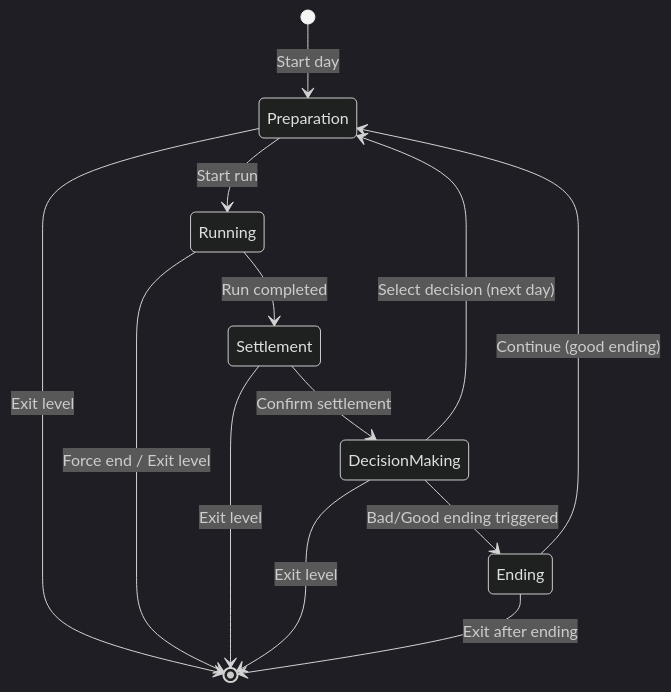
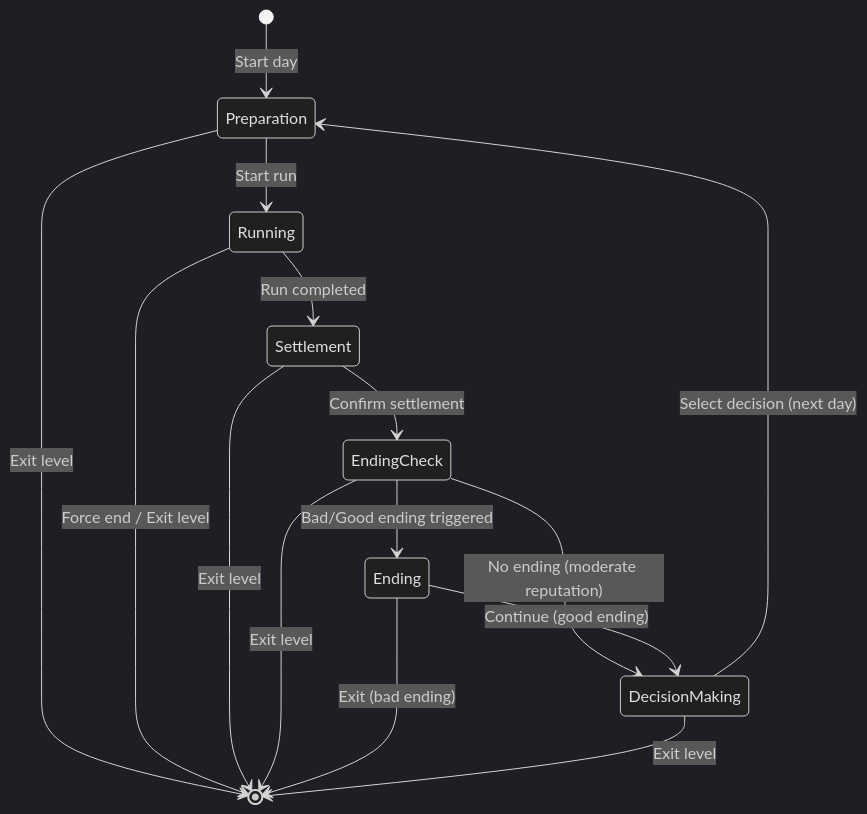
The sixth of 6 diagrams in docs/architecture.md (QuadnucYard/dishaster), drawn with Mermaid (dark theme) before and after one commit. The commit also changed other lines of this file and 10 other files, not shown here.

Commit message:
feat: add confirm settlement and continue from ending commands to make interaction smooth

````diff
--- a/docs/architecture.md
+++ b/docs/architecture.md
@@ -173,20 +210,23 @@
 ```mermaid
 stateDiagram-v2
     [*] --> Preparation: Start day
 
     Preparation --> Running: Start run
     Preparation --> [*]: Exit level
 
     Running --> Settlement: Run completed
     Running --> [*]: Force end / Exit level
 
-    Settlement --> DecisionMaking: Confirm settlement
+    Settlement --> EndingCheck: Confirm settlement
     Settlement --> [*]: Exit level
 
+    EndingCheck --> Ending: Bad/Good ending triggered
+    EndingCheck --> DecisionMaking: No ending (moderate reputation)
+    EndingCheck --> [*]: Exit level
+
+    Ending --> [*]: Exit (bad ending)
+    Ending --> DecisionMaking: Continue (good ending)
+
     DecisionMaking --> Preparation: Select decision (next day)
-    DecisionMaking --> Ending: Bad/Good ending triggered
     DecisionMaking --> [*]: Exit level
-
-    Ending --> [*]: Exit after ending
-    Ending --> Preparation: Continue (good ending)
 ```
````
